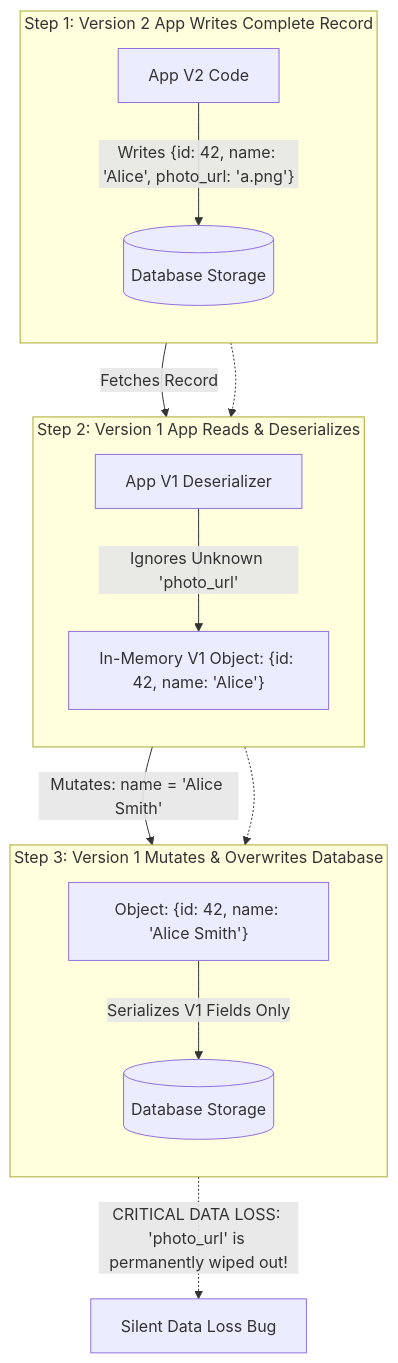
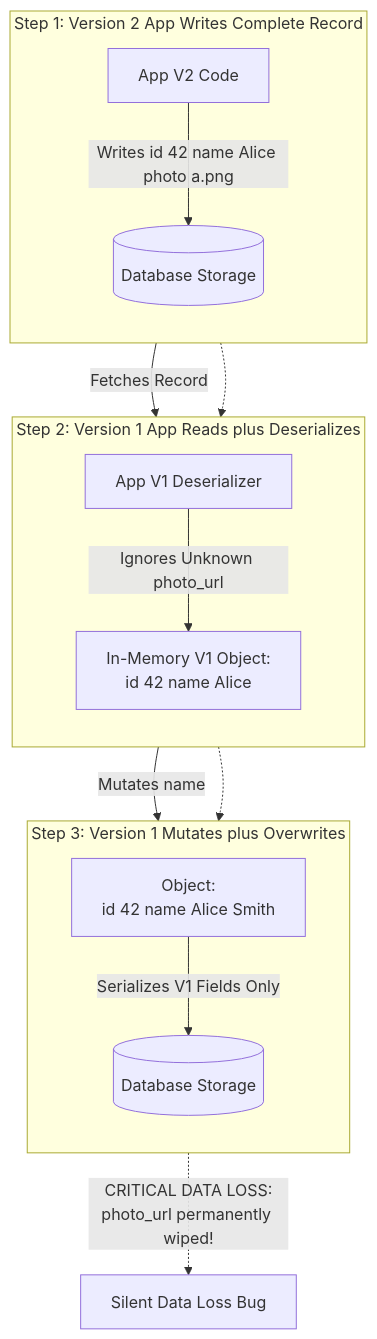
Before and after one commit to 1mimhe/books-summery: the first of 8 diagrams in 01 Designing Data-Intensive Applications/chapter-05-encoding-and-evolution.md, drawn with Mermaid. The commit also changed other lines of this file and 1 other file, not shown here.

````diff
--- a/01 Designing Data-Intensive Applications/chapter-05-encoding-and-evolution.md
+++ b/01 Designing Data-Intensive Applications/chapter-05-encoding-and-evolution.md
@@ -260,24 +177,20 @@
 ```mermaid
 flowchart TD
   subgraph V2_WRITE["Step 1: Version 2 App Writes Complete Record"]
     direction TB
-    NEW_CODE["App V2 Code"] -->|"Writes {id: 42, name: 'Alice', photo_url: 'a.png'}"| DB_INIT[("Database Storage")]
+    NEW_CODE["App V2 Code"] -->|"Writes id 42 name Alice photo a.png"| DB_INIT[("Database Storage")]
   end
-
-  subgraph V1_READ["Step 2: Version 1 App Reads & Deserializes"]
+  subgraph V1_READ["Step 2: Version 1 App Reads plus Deserializes"]
     direction TB
     DB_INIT -->|"Fetches Record"| OLD_DESER["App V1 Deserializer"]
-    OLD_DESER -->|"Ignores Unknown 'photo_url'"| MEM_OBJ["In-Memory V1 Object: {id: 42, name: 'Alice'}"]
+    OLD_DESER -->|"Ignores Unknown photo_url"| MEM_OBJ["In-Memory V1 Object:<br/>id 42 name Alice"]
   end
-
-  subgraph V1_MUTATE["Step 3: Version 1 Mutates & Overwrites Database"]
+  subgraph V1_MUTATE["Step 3: Version 1 Mutates plus Overwrites"]
     direction TB
-    MEM_OBJ -->|"Mutates: name = 'Alice Smith'"| MUTATED["Object: {id: 42, name: 'Alice Smith'}"]
+    MEM_OBJ -->|"Mutates name"| MUTATED["Object:<br/>id 42 name Alice Smith"]
     MUTATED -->|"Serializes V1 Fields Only"| DB_CORRUPT[("Database Storage")]
   end
-
   V2_WRITE -.-> V1_READ
   V1_READ -.-> V1_MUTATE
-
-  DB_CORRUPT -.->|"CRITICAL DATA LOSS: 'photo_url' is permanently wiped out!"| FAILURE["Silent Data Loss Bug"]
+  DB_CORRUPT -.->|"CRITICAL DATA LOSS:<br/>photo_url permanently wiped!"| FAILURE["Silent Data Loss Bug"]
 ```
````
